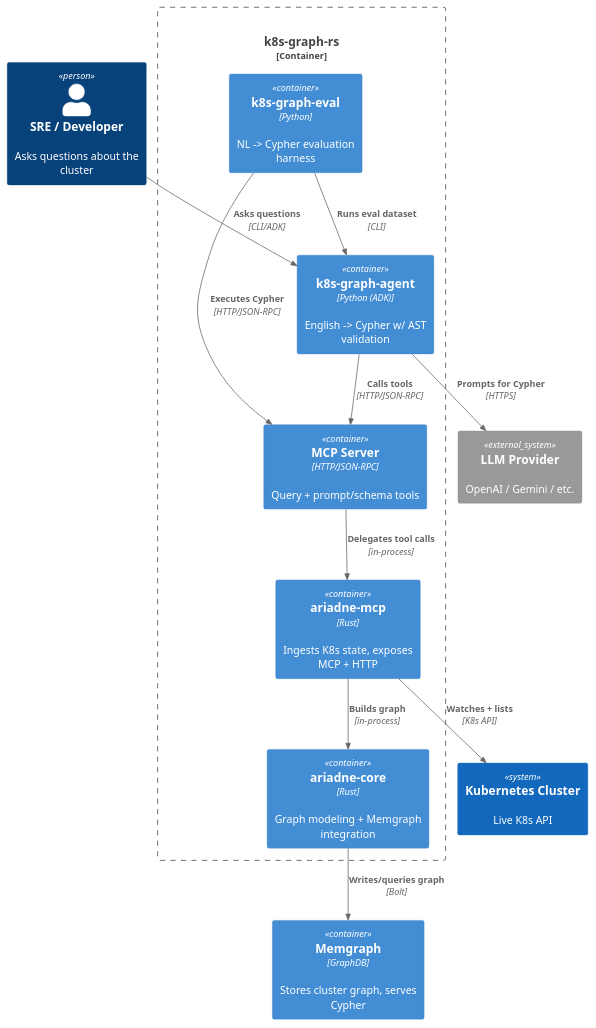
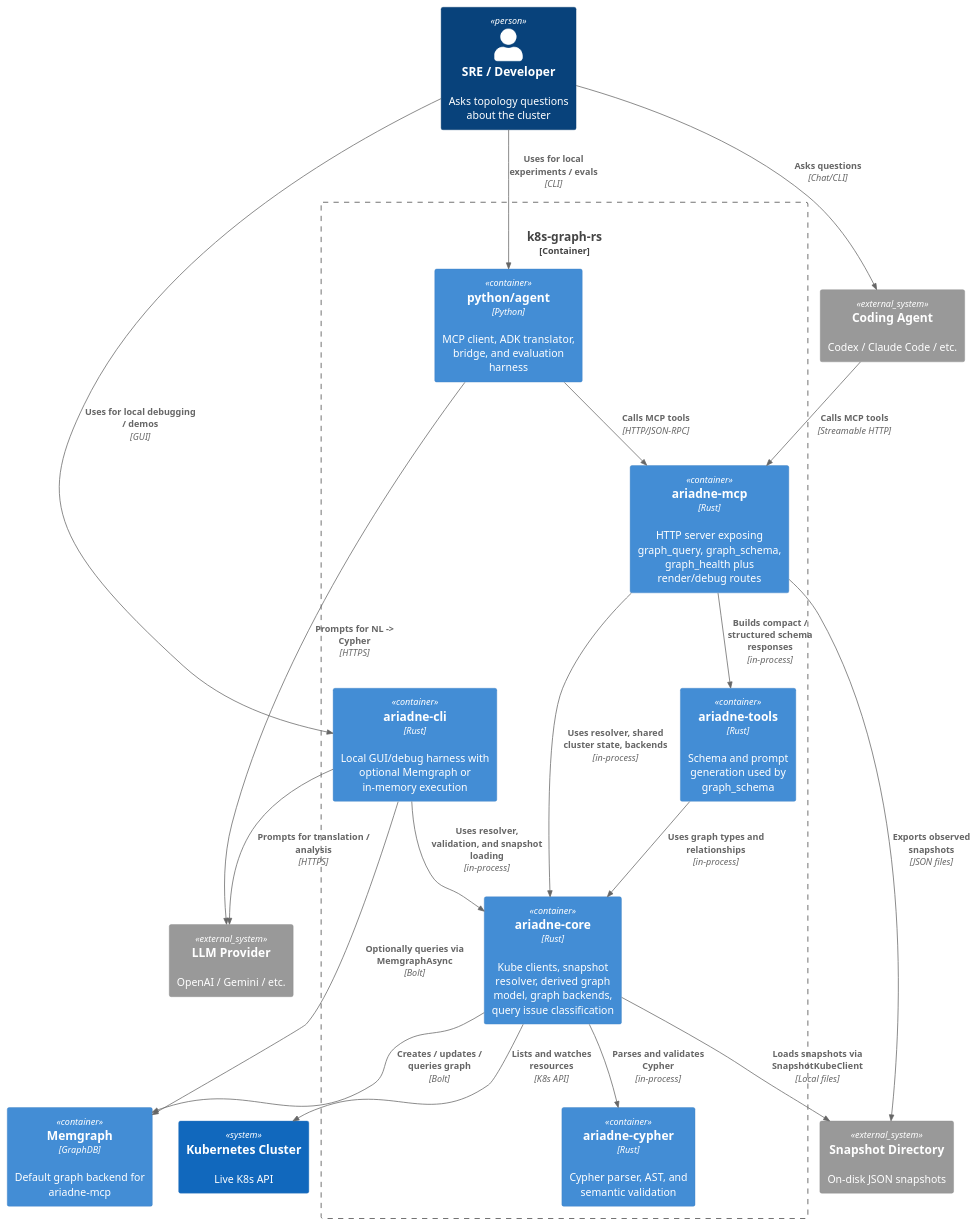
One commit to REASY/k8s-ariadne-rs changed the diagram in docs/diagrams/c4/component.puml. Above: the diagram before and after it, drawn with PlantUML. The commit also changed 193 other files, not shown here.

First line of the commit message:
feat(repo): expand Ariadne graph tooling and query-plan evaluation

```diff
--- a/docs/diagrams/c4/component.puml
+++ b/docs/diagrams/c4/component.puml
@@ -1,30 +1,41 @@
 @startuml
 !include <C4/C4>
 !include <C4/C4_Context>
 !include <C4/C4_Container>
 !include <C4/C4_Component>
 
-Person(sre, "SRE / Developer", "Asks questions about the cluster")
+Person(sre, "SRE / Developer", "Asks topology questions about the cluster")
 System(k8s, "Kubernetes Cluster", "Live K8s API")
+System_Ext(snapshot, "Snapshot Directory", "On-disk JSON snapshots")
+System_Ext(agent, "Coding Agent", "Codex / Claude Code / etc.")
 System_Ext(llm, "LLM Provider", "OpenAI / Gemini / etc.")
 
 Container_Boundary(ariadne, "k8s-graph-rs") {
-  Container(rust_app, "ariadne-mcp", "Rust", "Ingests K8s state, exposes MCP + HTTP")
-  Container(rust_core, "ariadne-core", "Rust", "Graph modeling + Memgraph integration")
-  Container(mcp, "MCP Server", "HTTP/JSON-RPC", "Query + prompt/schema tools")
-  Container(py_agent, "k8s-graph-agent", "Python (ADK)", "English -> Cypher w/ AST validation")
-  Container(eval, "k8s-graph-eval", "Python", "NL -> Cypher evaluation harness")
+  Container(rust_mcp, "ariadne-mcp", "Rust", "HTTP server exposing graph_query, graph_schema, graph_health plus render/debug routes")
+  Container(rust_core, "ariadne-core", "Rust", "Kube clients, snapshot resolver, derived graph model, graph backends, query issue classification")
+  Container(rust_tools, "ariadne-tools", "Rust", "Schema and prompt generation used by graph_schema")
+  Container(rust_cypher, "ariadne-cypher", "Rust", "Cypher parser, AST, and semantic validation")
+  Container(rust_cli, "ariadne-cli", "Rust", "Local GUI/debug harness with optional Memgraph or in-memory execution")
+  Container(py_agent, "python/agent", "Python", "MCP client, ADK translator, bridge, and evaluation harness")
 }
 
-Container(memgraph, "Memgraph", "GraphDB", "Stores cluster graph, serves Cypher")
+Container(memgraph, "Memgraph", "GraphDB", "Default graph backend for ariadne-mcp")
 
-Rel(sre, py_agent, "Asks questions", "CLI/ADK")
-Rel(py_agent, llm, "Prompts for Cypher", "HTTPS")
-Rel(py_agent, mcp, "Calls tools", "HTTP/JSON-RPC")
-Rel(mcp, rust_app, "Delegates tool calls", "in-process")
-Rel(rust_app, rust_core, "Builds graph", "in-process")
-Rel(rust_core, memgraph, "Writes/queries graph", "Bolt")
-Rel(rust_app, k8s, "Watches + lists", "K8s API")
-Rel(eval, py_agent, "Runs eval dataset", "CLI")
-Rel(eval, mcp, "Executes Cypher", "HTTP/JSON-RPC")
+Rel(sre, agent, "Asks questions", "Chat/CLI")
+Rel(sre, rust_cli, "Uses for local debugging / demos", "GUI")
+Rel(sre, py_agent, "Uses for local experiments / evals", "CLI")
+Rel(agent, rust_mcp, "Calls MCP tools", "Streamable HTTP")
+Rel(py_agent, rust_mcp, "Calls MCP tools", "HTTP/JSON-RPC")
+Rel(py_agent, llm, "Prompts for NL -> Cypher", "HTTPS")
+Rel(rust_cli, llm, "Prompts for translation / analysis", "HTTPS")
+Rel(rust_mcp, rust_core, "Uses resolver, shared cluster state, backends", "in-process")
+Rel(rust_mcp, rust_tools, "Builds compact / structured schema responses", "in-process")
+Rel(rust_tools, rust_core, "Uses graph types and relationships", "in-process")
+Rel(rust_core, rust_cypher, "Parses and validates Cypher", "in-process")
+Rel(rust_core, memgraph, "Creates / updates / queries graph", "Bolt")
+Rel(rust_core, k8s, "Lists and watches resources", "K8s API")
+Rel(rust_core, snapshot, "Loads snapshots via SnapshotKubeClient", "Local files")
+Rel(rust_mcp, snapshot, "Exports observed snapshots", "JSON files")
+Rel(rust_cli, rust_core, "Uses resolver, validation, and snapshot loading", "in-process")
+Rel(rust_cli, memgraph, "Optionally queries via MemgraphAsync", "Bolt")
 @enduml
```
